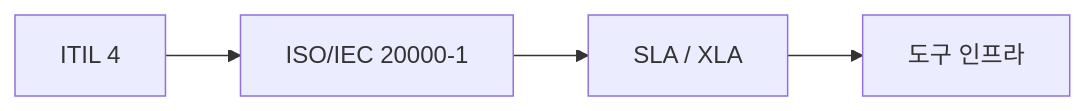
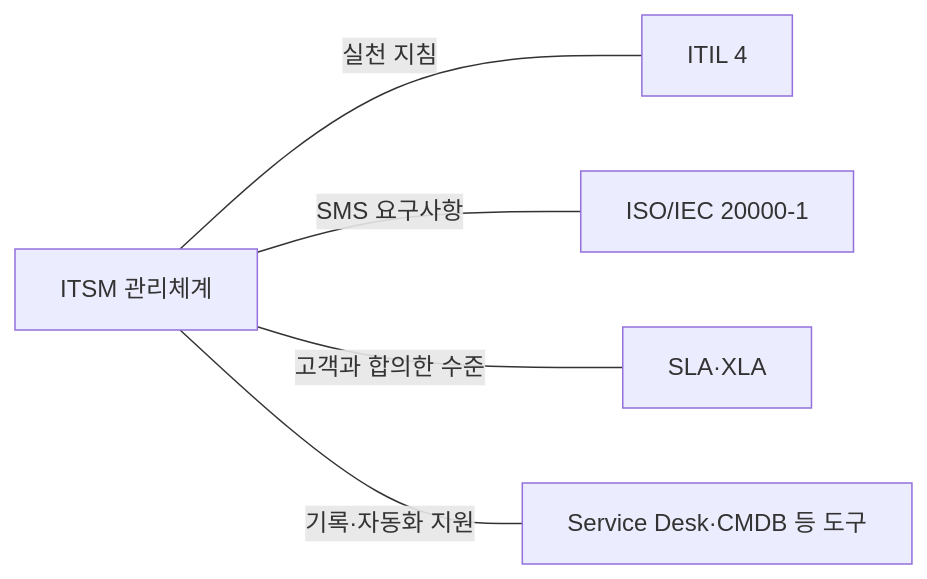
The second of 4 diagrams in src/content/docs/notes/itpe/01-it-strategy/044_itsm.md (agnusdei1207/study), drawn with Mermaid before and after one commit. The commit also changed other lines of this file and 5 other files, not shown here.

````diff
--- a/src/content/docs/notes/itpe/01-it-strategy/044_itsm.md
+++ b/src/content/docs/notes/itpe/01-it-strategy/044_itsm.md
@@ -94,6 +97,7 @@
 ```mermaid
 flowchart LR
-    SVS["ITIL 4"] --> GOV["ISO/IEC 20000-1"]
-    GOV --> SLA_BOX["SLA / XLA"]
-    SLA_BOX --> TOOL["도구 인프라"]
+    ITSM["ITSM 관리체계"] ---|"실천 지침"| ITIL["ITIL 4"]
+    ITSM ---|"SMS 요구사항"| ISO["ISO/IEC 20000-1"]
+    ITSM ---|"고객과 합의한 수준"| SLA["SLA·XLA"]
+    ITSM ---|"기록·자동화 지원"| TOOLS["Service Desk·CMDB 등 도구"]
 ```
````
